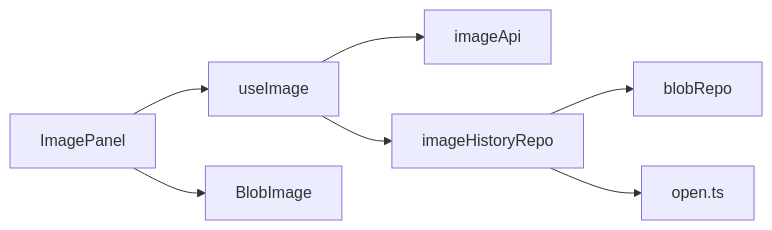
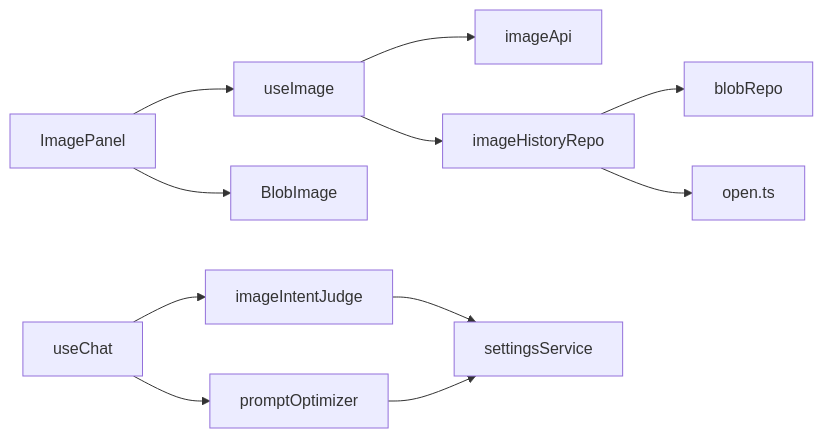
The fifth of 5 diagrams in .qoder/repowiki/zh/content/图像生成功能/图像处理工作流.md (billye220670/AIShop), drawn with Mermaid before and after one commit. The commit also changed other lines of this file and 40 other files, not shown here.

````diff
--- a/.qoder/repowiki/zh/content/图像生成功能/图像处理工作流.md
+++ b/.qoder/repowiki/zh/content/图像生成功能/图像处理工作流.md
@@ -227,9 +331,13 @@
 ```mermaid
 graph LR
 ImagePanel["ImagePanel"] --> useImage["useImage"]
 useImage --> imageApi["imageApi"]
 useImage --> imageHistoryRepo["imageHistoryRepo"]
+Chat["useChat"] --> IntentJudge["imageIntentJudge"]
+Chat --> PromptOpt["promptOptimizer"]
+IntentJudge --> Settings["settingsService"]
+PromptOpt --> Settings
 imageHistoryRepo --> blobRepo["blobRepo"]
 imageHistoryRepo --> open_ts["open.ts"]
 ImagePanel --> BlobImage["BlobImage"]
 ```
````
